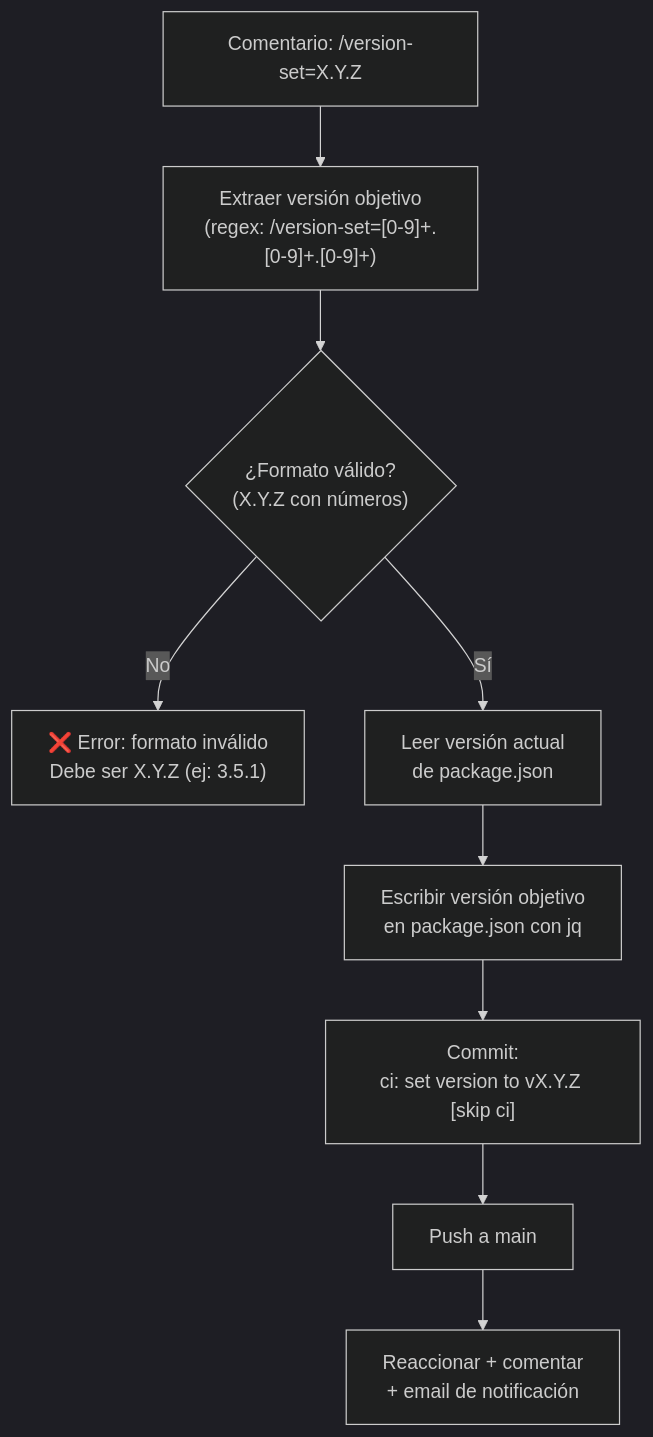
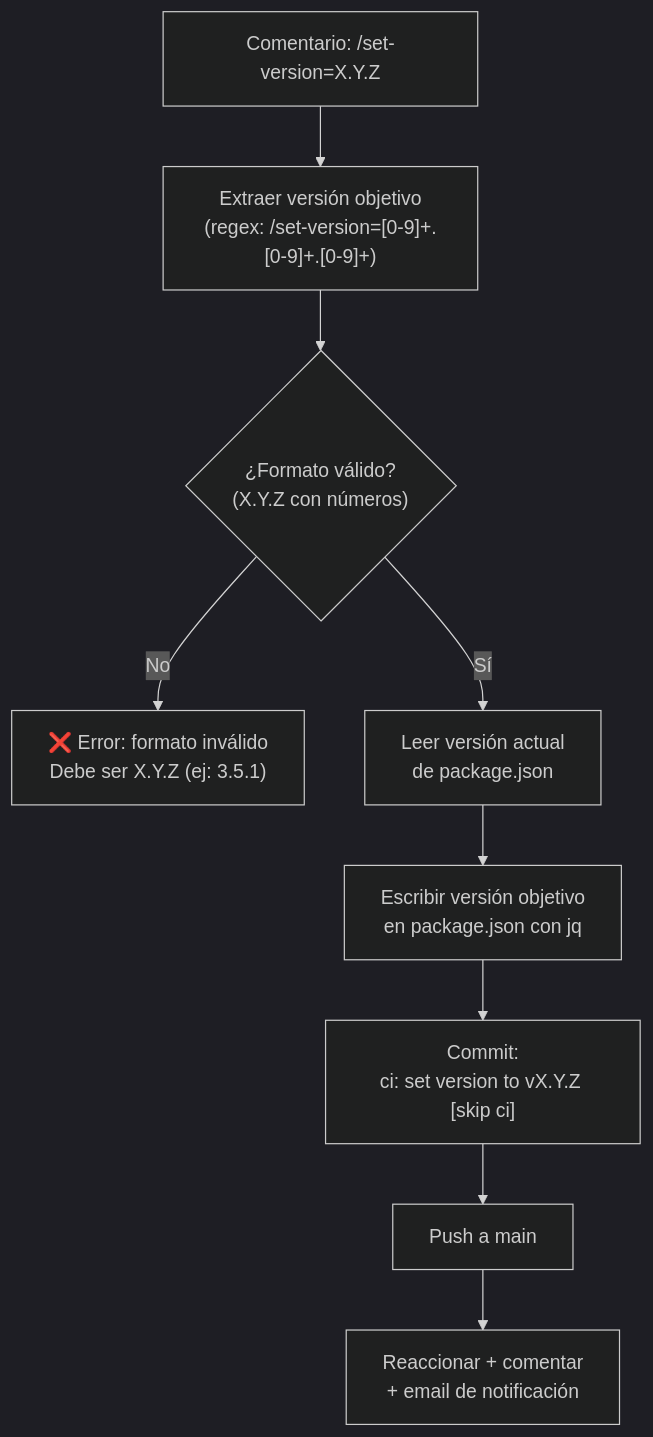
Before and after one commit to didacusdev/Formacion_node_express: the third of 5 diagrams in Version Manager.md, drawn with Mermaid (dark theme). The commit also changed other lines of this file and 1 other file, not shown here.

Commit message:
fix(workflow): Corregir inconsistencia en documentacion y workflow  para set-version

````diff
--- a/Version Manager.md
+++ b/Version Manager.md
@@ -267,18 +267,18 @@
 ```mermaid
 flowchart TD
-    A["Comentario: /version-set=X.Y.Z"] --> B["Extraer versión objetivo\n(regex: /version-set=[0-9]+.[0-9]+.[0-9]+)"]
+    A["Comentario: /set-version=X.Y.Z"] --> B["Extraer versión objetivo\n(regex: /set-version=[0-9]+.[0-9]+.[0-9]+)"]
 
     B --> C{"¿Formato válido?\n(X.Y.Z con números)"}
 
     C -- "No" --> D["❌ Error: formato inválido\nDebe ser X.Y.Z (ej: 3.5.1)"]
 
     C -- "Sí" --> E["Leer versión actual\nde package.json"]
 
     E --> F["Escribir versión objetivo\nen package.json con jq"]
 
     F --> G["Commit:\nci: set version to vX.Y.Z [skip ci]"]
 
     G --> H["Push a main"]
 
     H --> I["Reaccionar + comentar\n+ email de notificación"]
 ```
````
